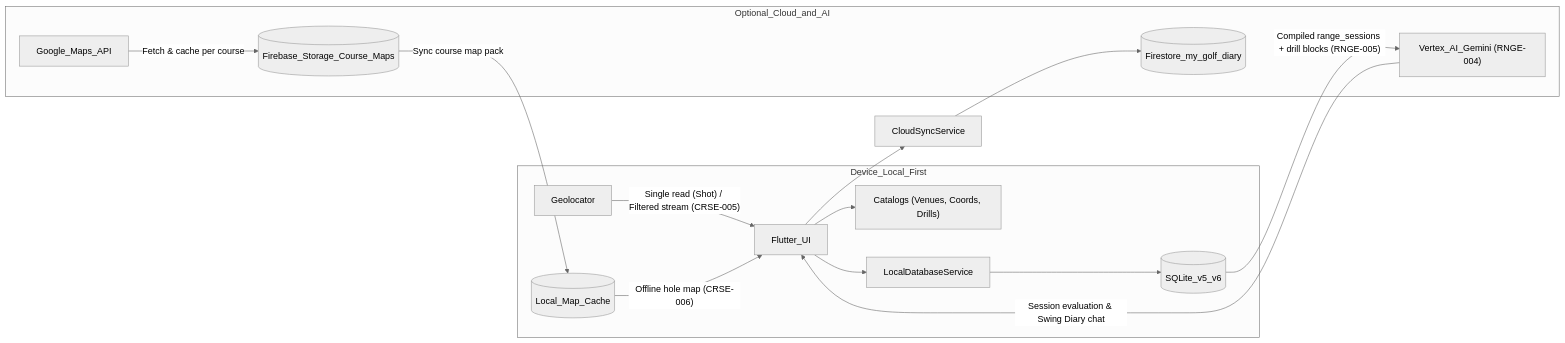
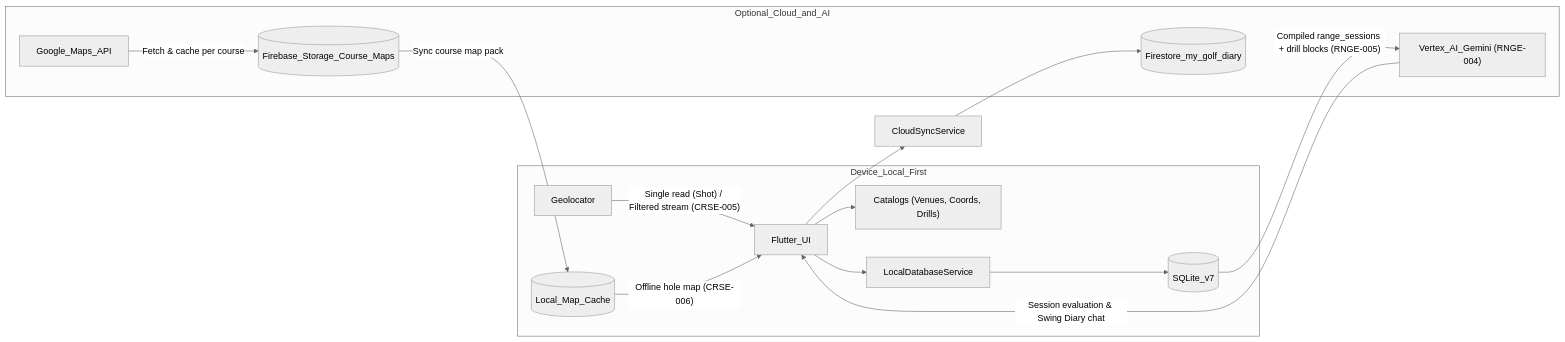
One commit to ograva/My-Golf-Diary changed the first of 4 diagrams in docs/context/Architecture.md. Above: the diagram before and after it, drawn with Mermaid (neutral theme). The commit also changed other lines of this file and 25 other files, not shown here.

````diff
--- a/docs/context/Architecture.md
+++ b/docs/context/Architecture.md
@@ -21,28 +21,28 @@
 ```mermaid
 flowchart LR
   subgraph device [Device_Local_First]
     UI[Flutter_UI]
     CAT["Catalogs (Venues, Coords, Drills)"]
     LDS[LocalDatabaseService]
-    DB[(SQLite_v5_v6)]
+    DB[(SQLite_v7)]
     CACHE[(Local_Map_Cache)]
     GPS[Geolocator]
     UI --> CAT
     UI --> LDS
     LDS --> DB
     GPS -->|"Single read (Shot) / Filtered stream (CRSE-005)"| UI
     CACHE -->|"Offline hole map (CRSE-006)"| UI
   end
   subgraph cloud [Optional_Cloud_and_AI]
     FS[(Firestore_my_golf_diary)]
     FST[(Firebase_Storage_Course_Maps)]
     GMAPS[Google_Maps_API]
     GEMINI["Vertex_AI_Gemini (RNGE-004)"]
   end
   CS[CloudSyncService] --> FS
   UI --> CS
   GMAPS -->|"Fetch & cache per course"| FST
   FST -->|"Sync course map pack"| CACHE
   DB -->|"Compiled range_sessions + drill blocks (RNGE-005)"| GEMINI
   GEMINI -->|"Session evaluation & Swing Diary chat"| UI
 ```
````
